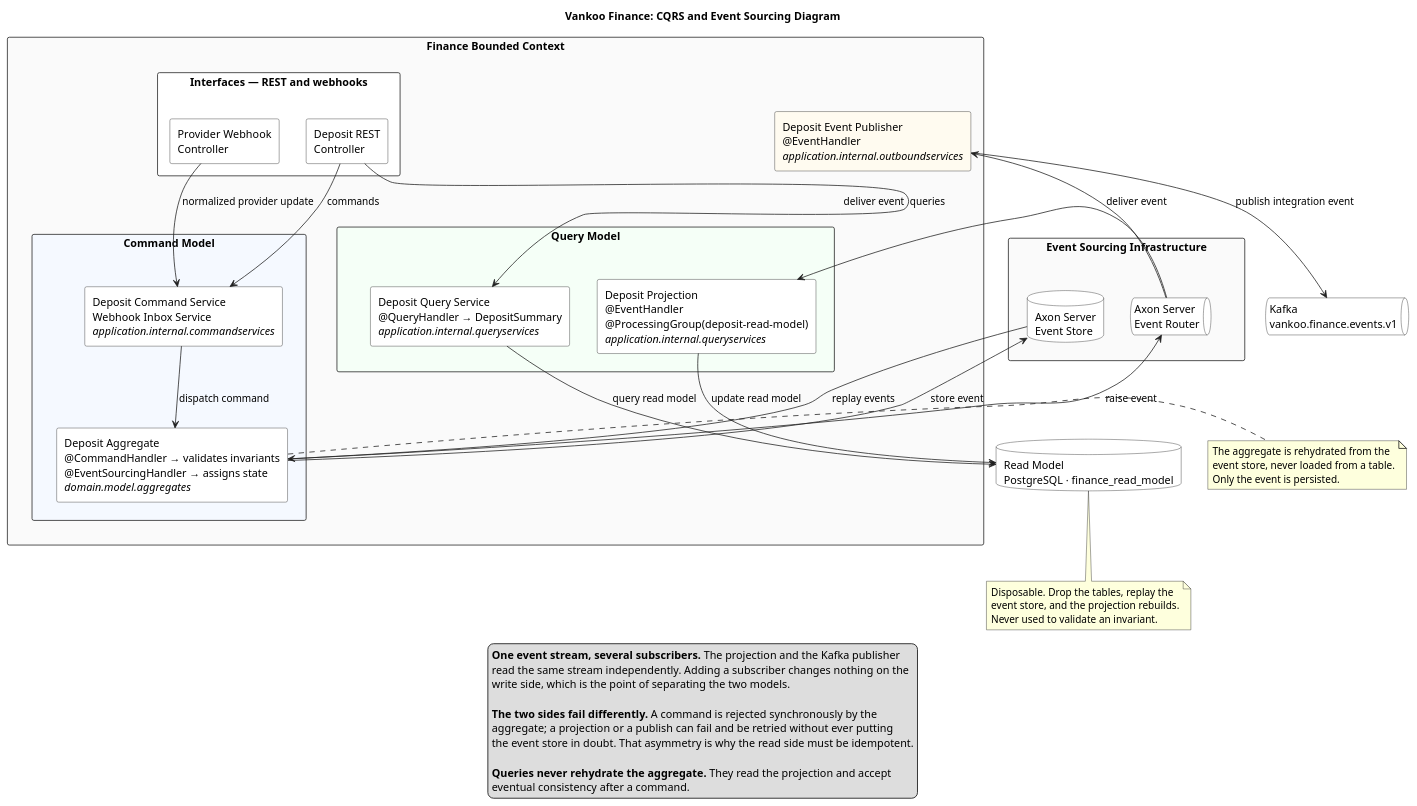
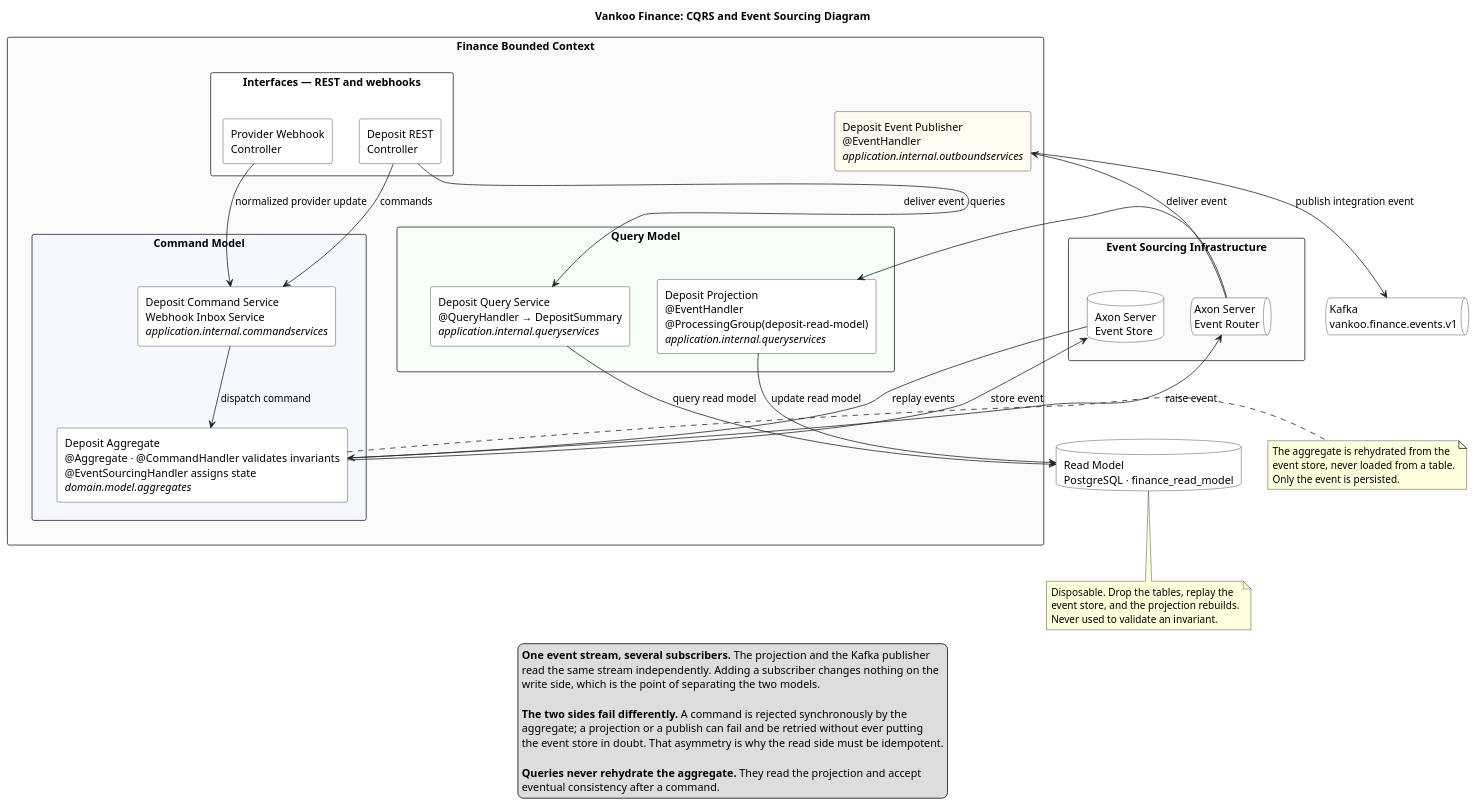
One commit to liquilabshq/vankoo-finance-service changed the diagram in docs/uml/finance-cqrs-event-sourcing-diagram.puml. Above: the diagram before and after it, drawn with PlantUML. The commit also changed 8 other files, not shown here.

```diff
--- a/docs/uml/finance-cqrs-event-sourcing-diagram.puml
+++ b/docs/uml/finance-cqrs-event-sourcing-diagram.puml
@@ -1,100 +1,100 @@
 @startuml finance-cqrs-event-sourcing-diagram
 
 title Vankoo Finance: CQRS and Event Sourcing Diagram
 
 skinparam shadowing false
 skinparam ArrowColor #212121
 skinparam rectangle {
     BorderColor #212121
     BackgroundColor #FFFFFF
 }
 skinparam database {
     BorderColor #212121
     BackgroundColor #FFFFFF
 }
 skinparam queue {
     BorderColor #212121
     BackgroundColor #FFFFFF
 }
 
 rectangle "Finance Bounded Context" as bc #FAFAFA {
 
     rectangle "Interfaces — REST and webhooks" as api #FFFFFF {
         rectangle "Deposit REST\nController" as ctrl
         rectangle "Provider Webhook\nController" as hook
     }
 
     rectangle "Command Model" as cmdmodel #F5F9FF {
         rectangle "Deposit Command Service\nWebhook Inbox Service\n<i>application.internal.commandservices</i>" as cmdsvc
-        rectangle "Deposit Aggregate\n@CommandHandler → validates invariants\n@EventSourcingHandler → assigns state\n<i>domain.model.aggregates</i>" as agg
+        rectangle "Deposit Aggregate\n@Aggregate · @CommandHandler validates invariants\n@EventSourcingHandler assigns state\n<i>domain.model.aggregates</i>" as agg
     }
 
     rectangle "Query Model" as querymodel #F5FFF7 {
         rectangle "Deposit Query Service\n@QueryHandler → DepositSummary\n<i>application.internal.queryservices</i>" as qsvc
         rectangle "Deposit Projection\n@EventHandler\n@ProcessingGroup(deposit-read-model)\n<i>application.internal.queryservices</i>" as proj
     }
 
     rectangle "Deposit Event Publisher\n@EventHandler\n<i>application.internal.outboundservices</i>" as pub #FFFBF0
 }
 
 rectangle "Event Sourcing Infrastructure" as esinfra #FAFAFA {
     database "Axon Server\nEvent Store" as store
     queue "Axon Server\nEvent Router" as router
 }
 
 database "Read Model\nPostgreSQL · finance_read_model" as readmodel
 queue "Kafka\nvankoo.finance.events.v1" as kafka
 
 ' keep the guide's layout: command model on the left, query model on the right.
 ' the read model has to sit to the right of the event store, otherwise it drags
 ' the whole query side over to the left.
 cmdmodel -[hidden]right-> querymodel
 esinfra -[hidden]right-> readmodel
 store -[hidden]right-> kafka
 
 ' ---------- write side ----------
 ctrl --> cmdsvc : commands
 hook --> cmdsvc : normalized provider update
 cmdsvc --> agg : dispatch command
 agg --> store : store event
 agg --> router : raise event
 
 ' ---------- read side ----------
 router --> proj : deliver event
 proj --> readmodel : update read model
 ctrl --> qsvc : queries
 qsvc --> readmodel : query read model
 
 ' ---------- integration side ----------
 router --> pub : deliver event
 pub --> kafka : publish integration event
 
 ' ---------- rehydration ----------
 store --> agg : replay events
 
 note right of agg
   The aggregate is rehydrated from the
   event store, never loaded from a table.
   Only the event is persisted.
 end note
 
 note bottom of readmodel
   Disposable. Drop the tables, replay the
   event store, and the projection rebuilds.
   Never used to validate an invariant.
 end note
 
 legend bottom
   <b>One event stream, several subscribers.</b> The projection and the Kafka publisher
   read the same stream independently. Adding a subscriber changes nothing on the
   write side, which is the point of separating the two models.
 
   <b>The two sides fail differently.</b> A command is rejected synchronously by the
   aggregate; a projection or a publish can fail and be retried without ever putting
   the event store in doubt. That asymmetry is why the read side must be idempotent.
 
   <b>Queries never rehydrate the aggregate.</b> They read the projection and accept
   eventual consistency after a command.
 endlegend
 
 @enduml
```
